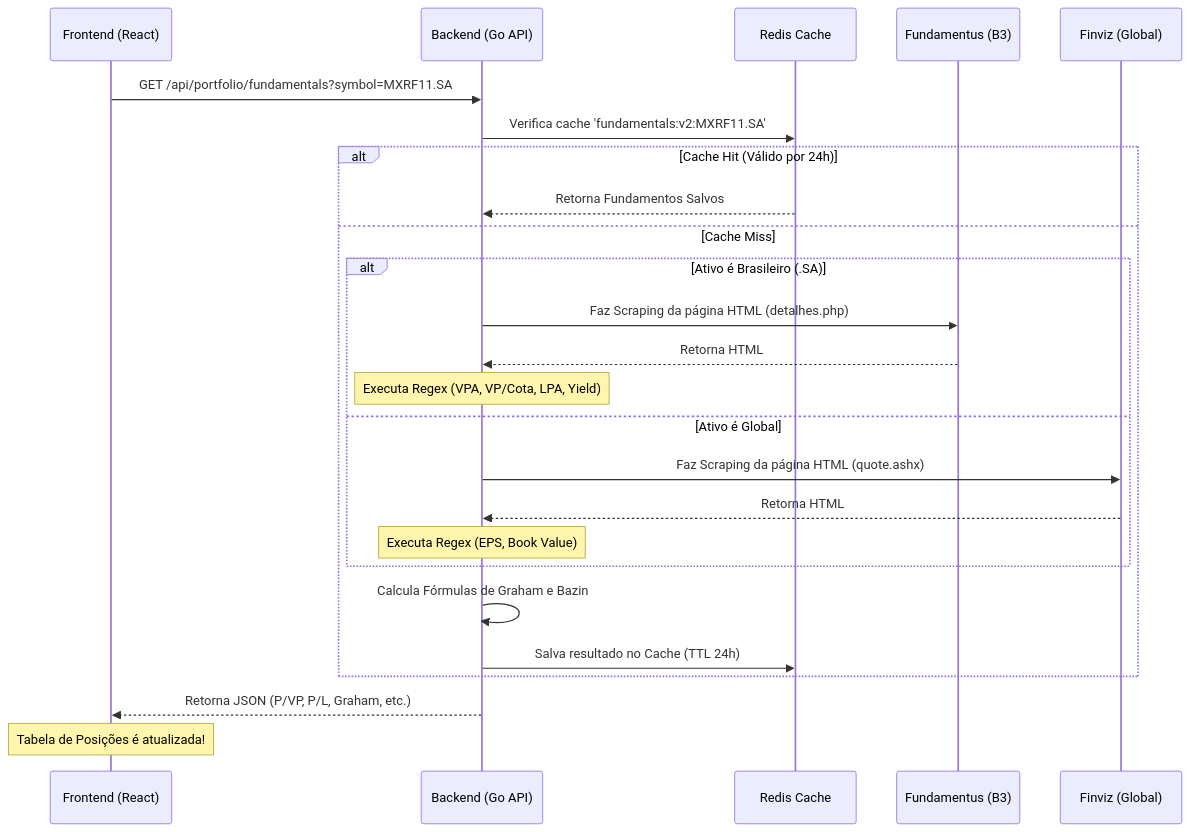
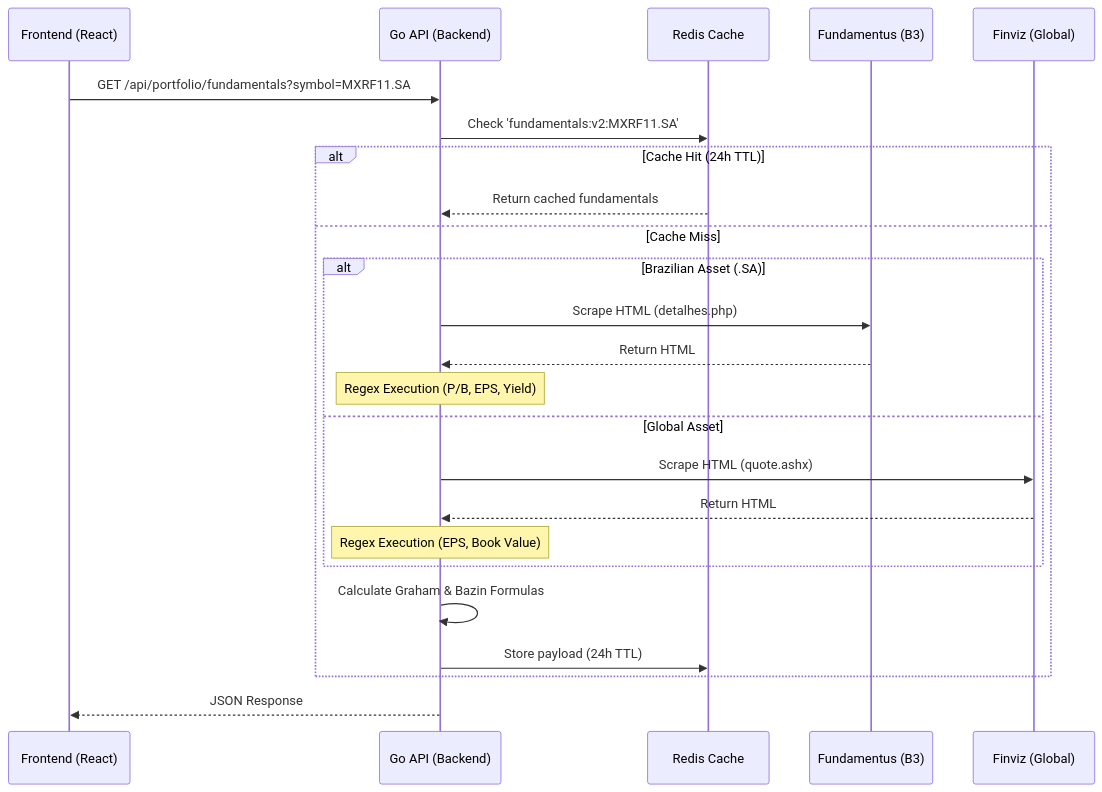
Before and after one commit to enakamura3/stock-pulse: the fourth of 6 diagrams in README.md, drawn with Mermaid. The commit also changed other lines of this file, not shown here.

````diff
--- a/README.md
+++ b/README.md
@@ -213,28 +172,27 @@
 ```mermaid
 sequenceDiagram
     participant User as Frontend (React)
-    participant API as Backend (Go API)
+    participant API as Go API (Backend)
     participant Redis as Redis Cache
     participant Fund as Fundamentus (B3)
     participant Finviz as Finviz (Global)
 
     User->>API: GET /api/portfolio/fundamentals?symbol=MXRF11.SA
-    API->>Redis: Verifica cache 'fundamentals:v2:MXRF11.SA'
-    alt Cache Hit (Válido por 24h)
-        Redis-->>API: Retorna Fundamentos Salvos
+    API->>Redis: Check 'fundamentals:v2:MXRF11.SA'
+    alt Cache Hit (24h TTL)
+        Redis-->>API: Return cached fundamentals
     else Cache Miss
-        alt Ativo é Brasileiro (.SA)
-            API->>Fund: Faz Scraping da página HTML (detalhes.php)
-            Fund-->>API: Retorna HTML
-            Note over API: Executa Regex (VPA, VP/Cota, LPA, Yield)
-        else Ativo é Global
-            API->>Finviz: Faz Scraping da página HTML (quote.ashx)
-            Finviz-->>API: Retorna HTML
-            Note over API: Executa Regex (EPS, Book Value)
+        alt Brazilian Asset (.SA)
+            API->>Fund: Scrape HTML (detalhes.php)
+            Fund-->>API: Return HTML
+            Note over API: Regex Execution (P/B, EPS, Yield)
+        else Global Asset
+            API->>Finviz: Scrape HTML (quote.ashx)
+            Finviz-->>API: Return HTML
+            Note over API: Regex Execution (EPS, Book Value)
         end
-        API->>API: Calcula Fórmulas de Graham e Bazin
-        API->>Redis: Salva resultado no Cache (TTL 24h)
+        API->>API: Calculate Graham & Bazin Formulas
+        API->>Redis: Store payload (24h TTL)
     end
-    API-->>User: Retorna JSON (P/VP, P/L, Graham, etc.)
-    Note over User: Tabela de Posições é atualizada!
+    API-->>User: JSON Response
 ```
````
